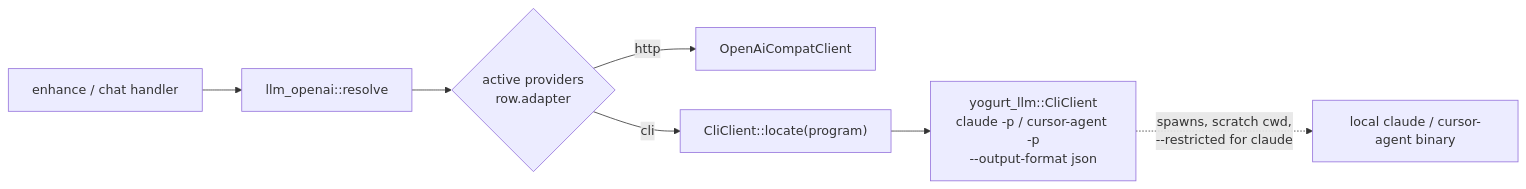
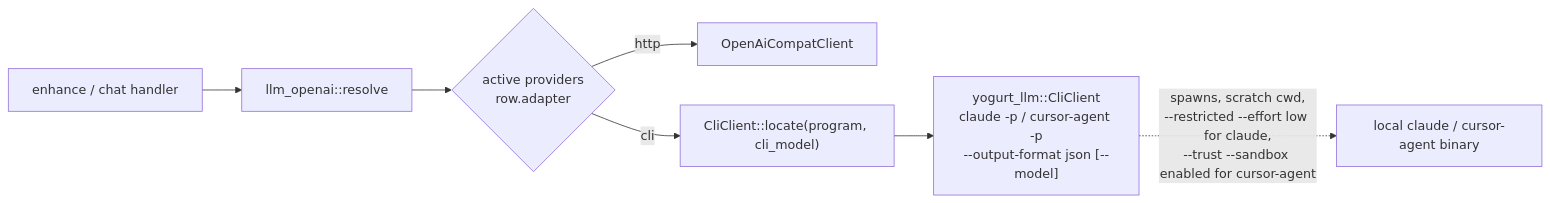
Before and after one commit to jarvisrchen/yogurt: the ninth of 12 diagrams in docs/ARCHITECTURE.md, drawn with Mermaid. The commit also changed other lines of this file and 19 other files, not shown here.

First line of the commit message:
feat(llm): --model override picker for CLI providers, cursor-agent trust fix

````diff
--- a/docs/ARCHITECTURE.md
+++ b/docs/ARCHITECTURE.md
@@ -541,9 +541,9 @@
 ```mermaid
 graph LR
     ENH2["enhance / chat handler"] --> RES["llm_openai::resolve"]
     RES --> ROW{"active providers<br/>row.adapter"}
     ROW -->|"http"| PRIM["OpenAiCompatClient"]
-    ROW -->|"cli"| DIRECT["CliClient::locate(program)"]
-    DIRECT --> CLI["yogurt_llm::CliClient<br/>claude -p / cursor-agent -p<br/>--output-format json"]
-    CLI -.->|"spawns, scratch cwd,<br/>--restricted for claude"| BIN["local claude / cursor-agent binary"]
+    ROW -->|"cli"| DIRECT["CliClient::locate(program, cli_model)"]
+    DIRECT --> CLI["yogurt_llm::CliClient<br/>claude -p / cursor-agent -p<br/>--output-format json [--model]"]
+    CLI -.->|"spawns, scratch cwd,<br/>--restricted --effort low for claude,<br/>--trust --sandbox enabled for cursor-agent"| BIN["local claude / cursor-agent binary"]
 ```
````
